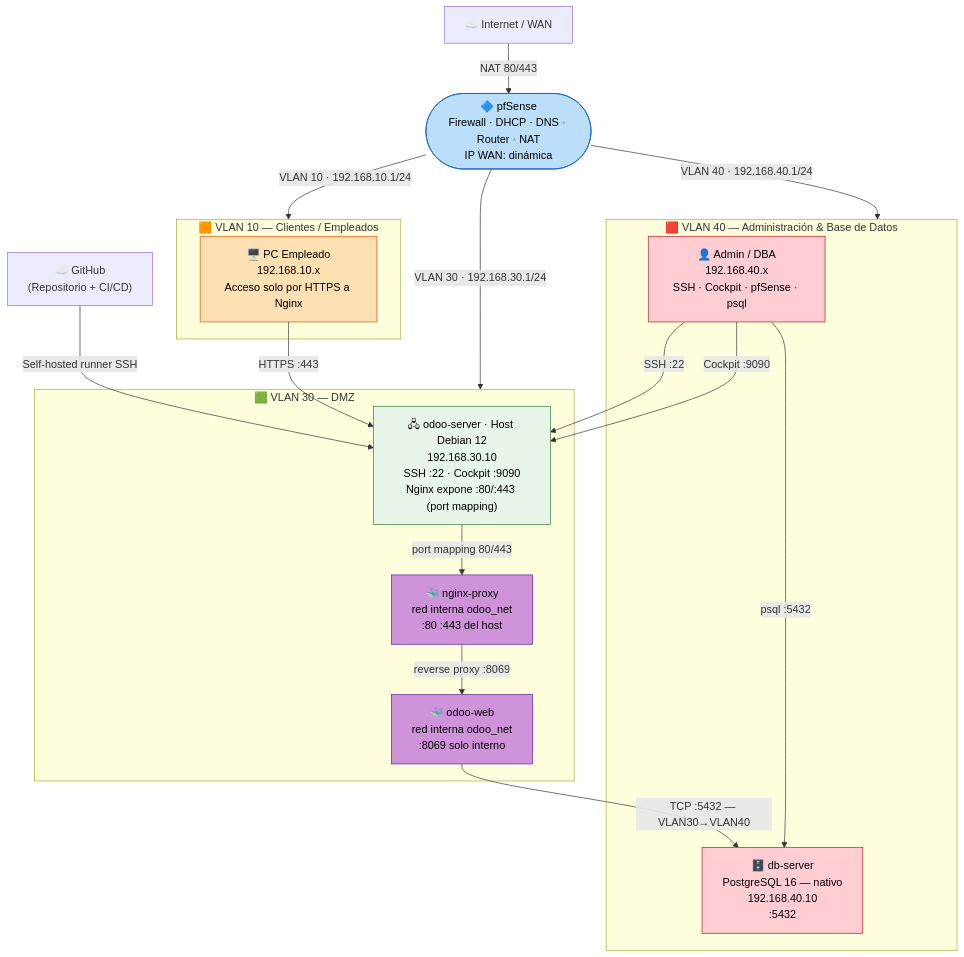
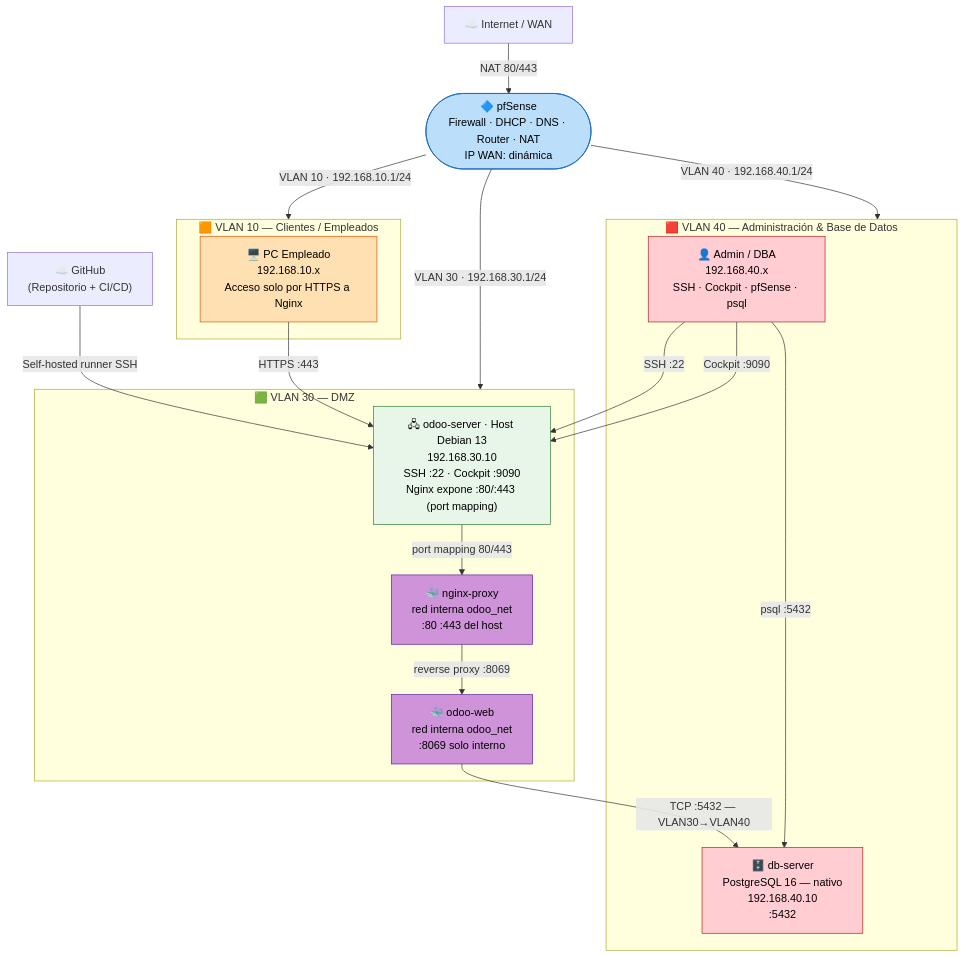
One commit to sandrafrv/TFG-Implantacion_Segura_y_Automatizada_de_Odoo changed the diagram in docs/diagrama_red.md. Above: the diagram before and after it, drawn with Mermaid. The commit also changed other lines of this file and 7 other files, not shown here.

````diff
--- a/docs/diagrama_red.md
+++ b/docs/diagrama_red.md
@@ -14,52 +14,52 @@
 ```mermaid
 graph TD
     WAN["☁️ Internet / WAN"]
     GITHUB["☁️ GitHub\n(Repositorio + CI/CD)"]
 
     WAN -->|"NAT 80/443"| PFSENSE
     GITHUB -->|"Self-hosted runner SSH"| DEBIAN
 
     PFSENSE(["🔷 pfSense\nFirewall · DHCP · DNS · Router · NAT\nIP WAN: dinámica"])
 
     PFSENSE -->|"VLAN 10 · 192.168.10.1/24"| VLAN10
     PFSENSE -->|"VLAN 30 · 192.168.30.1/24"| DMZ
     PFSENSE -->|"VLAN 40 · 192.168.40.1/24"| VLAN40
 
     subgraph VLAN10["🟧 VLAN 10 — Clientes / Empleados"]
         CLIENT["🖥️ PC Empleado\n192.168.10.x\nAcceso solo por HTTPS a Nginx"]
     end
 
     subgraph VLAN40["🟥 VLAN 40 — Administración & Base de Datos"]
         POSTGRES["🗄️ db-server\nPostgreSQL 16 — nativo\n192.168.40.10\n:5432"]
         ADMIN["👤 Admin / DBA\n192.168.40.x\nSSH · Cockpit · pfSense · psql"]
     end
 
     subgraph DMZ["🟩 VLAN 30 — DMZ"]
-        DEBIAN["🖧 odoo-server · Host Debian 12\n192.168.30.10\nSSH :22 · Cockpit :9090\nNginx expone :80/:443 (port mapping)"]
+        DEBIAN["🖧 odoo-server · Host Debian 13\n192.168.30.10\nSSH :22 · Cockpit :9090\nNginx expone :80/:443 (port mapping)"]
 
         NGINX["🐳 nginx-proxy\nred interna odoo_net\n:80 :443 del host"]
         ODOO["🐳 odoo-web\nred interna odoo_net\n:8069 solo interno"]
 
         NGINX -->|"reverse proxy :8069"| ODOO
     end
 
     DEBIAN -->|"port mapping 80/443"| NGINX
     ODOO -->|"TCP :5432 — VLAN30→VLAN40"| POSTGRES
     CLIENT -->|"HTTPS :443"| DEBIAN
     ADMIN -->|"SSH :22"| DEBIAN
     ADMIN -->|"Cockpit :9090"| DEBIAN
     ADMIN -->|"psql :5432"| POSTGRES
 
     classDef firewall fill:#BBDEFB,stroke:#1565C0,color:#000
     classDef vlan10 fill:#FFE0B2,stroke:#E65100,color:#000
     classDef vlan40 fill:#FFCDD2,stroke:#B71C1C,color:#000
     classDef dmzhost fill:#E8F5E9,stroke:#2E7D32,color:#000
     classDef container fill:#CE93D8,stroke:#6A1B9A,color:#000
     classDef db fill:#FFCDD2,stroke:#B71C1C,color:#000
 
     class PFSENSE firewall
     class CLIENT vlan10
     class ADMIN,POSTGRES vlan40
     class DEBIAN dmzhost
     class NGINX,ODOO container
 ```
````
